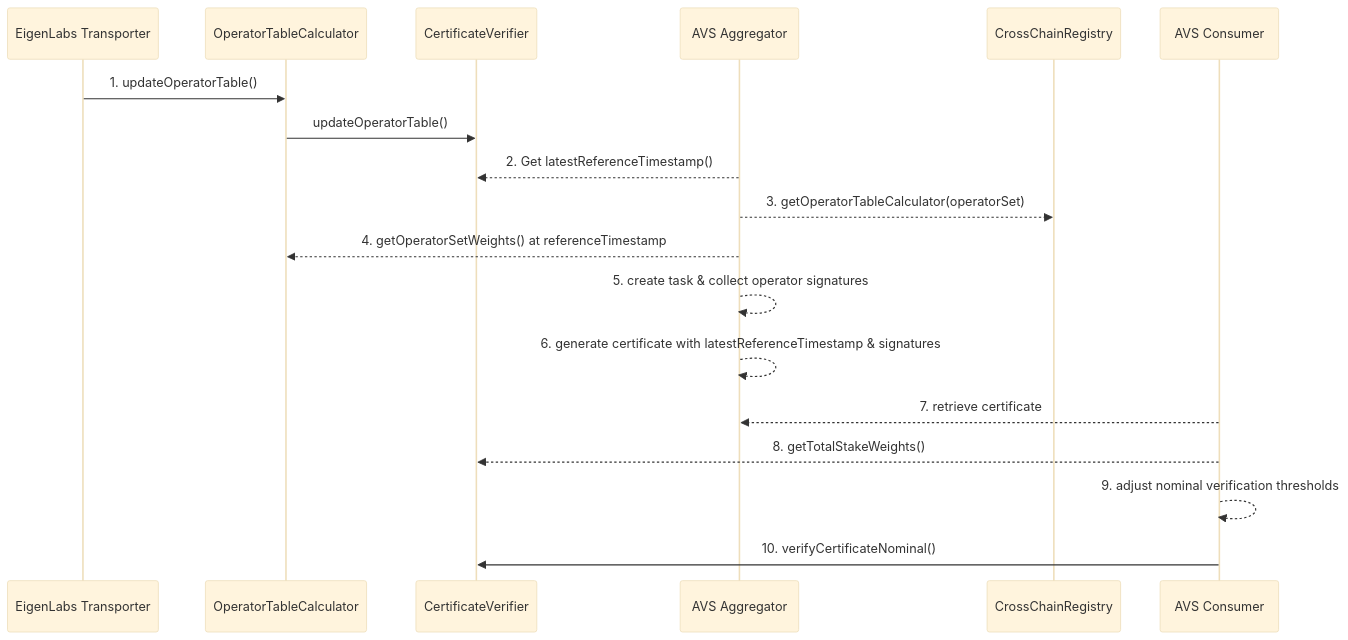
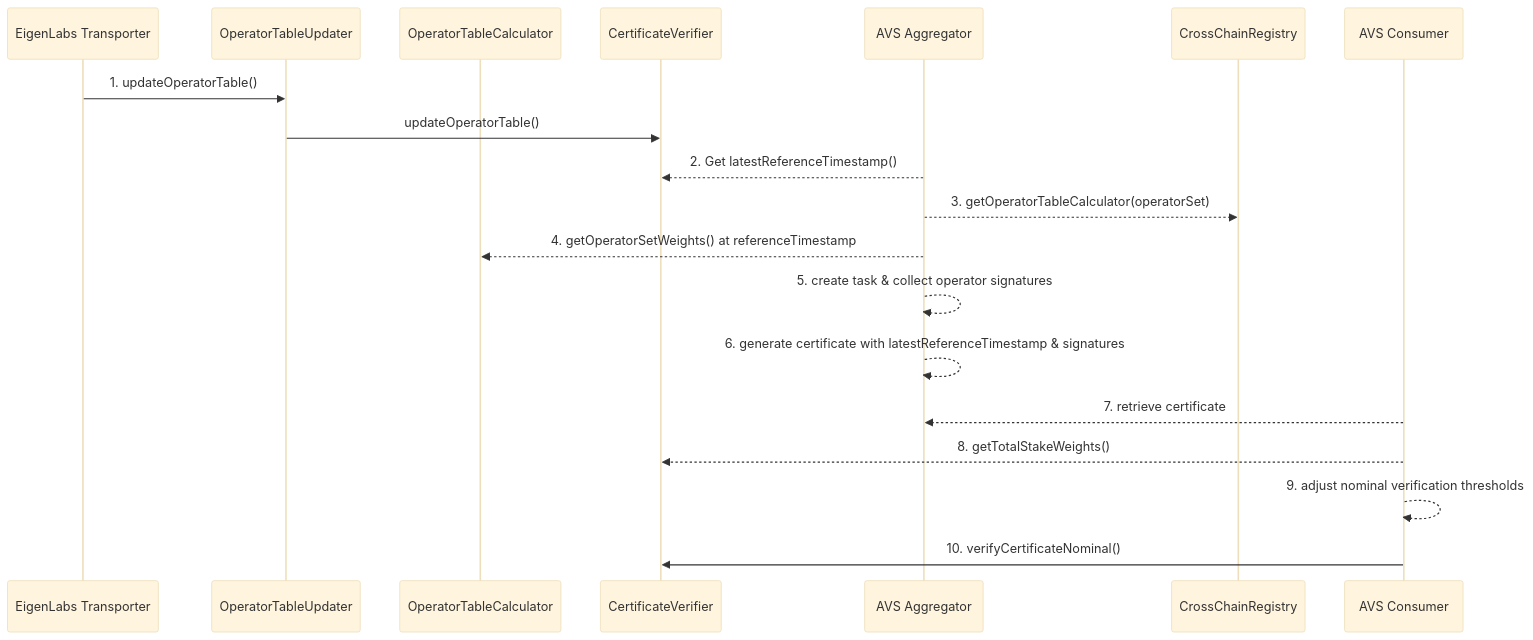
One commit to Layr-Labs/eigenlayer-contracts changed the second of 2 diagrams in docs/multichain/destination/CertificateVerifier.md. Above: the diagram before and after it, drawn with Mermaid (base theme).

````diff
--- a/docs/multichain/destination/CertificateVerifier.md
+++ b/docs/multichain/destination/CertificateVerifier.md
@@ -616,24 +616,25 @@
 ```mermaid
 sequenceDiagram
     participant Transporter as EigenLabs Transporter
+    participant OTU as OperatorTableUpdater
     participant OTC as OperatorTableCalculator
     participant CV as CertificateVerifier
     participant Aggregator as AVS Aggregator
     participant Registry as CrossChainRegistry
     participant Consumer as AVS Consumer
 
-    Transporter->>OTC: 1. updateOperatorTable()
-    OTC->>CV: updateOperatorTable()
+    Transporter->>OTU: 1. updateOperatorTable()
+    OTU->>CV: updateOperatorTable()
 
     Aggregator-->>CV: 2. Get latestReferenceTimestamp()
     Aggregator-->>Registry: 3. getOperatorTableCalculator(operatorSet)
     Aggregator-->>OTC: 4. getOperatorSetWeights() at referenceTimestamp
 
     Aggregator-->>Aggregator: 5. create task & collect operator signatures
     Aggregator-->>Aggregator: 6. generate certificate with latestReferenceTimestamp & signatures
 
     Consumer-->>Aggregator: 7. retrieve certificate
     Consumer-->>CV: 8. getTotalStakeWeights()
     Consumer-->>Consumer: 9. adjust nominal verification thresholds
     Consumer->>CV: 10. verifyCertificateNominal()
 ```
````
